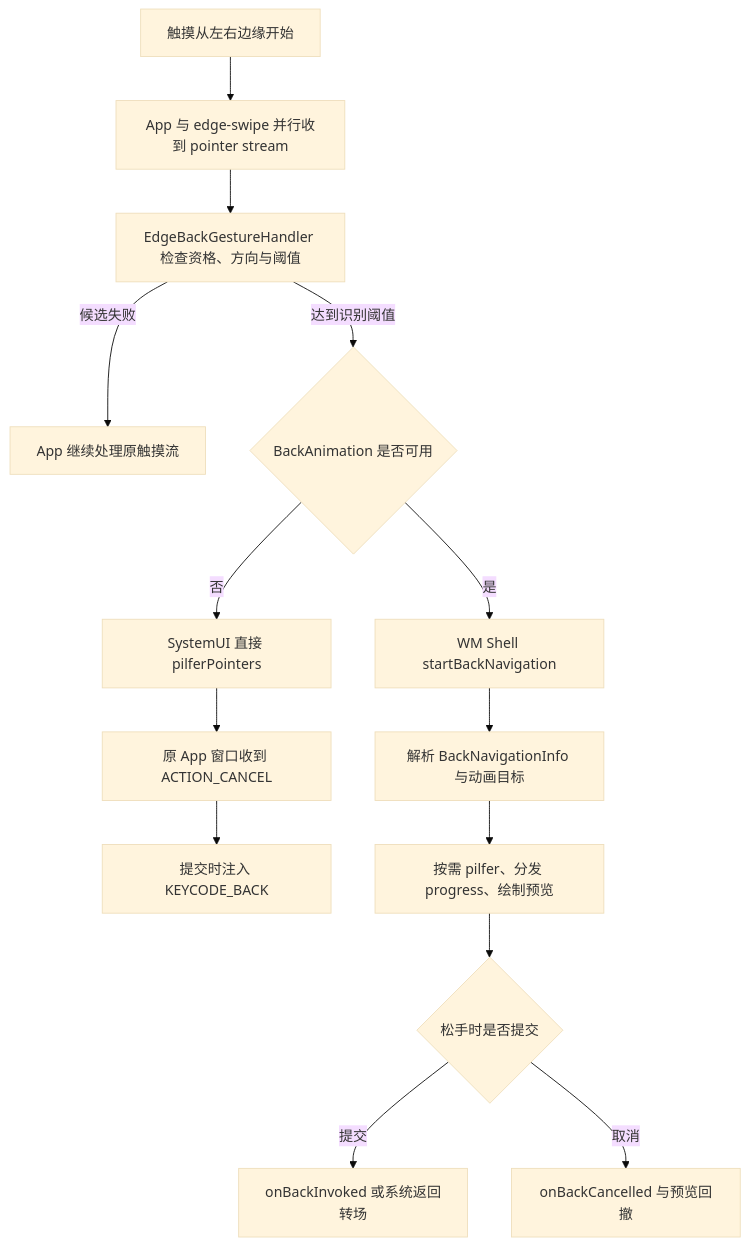
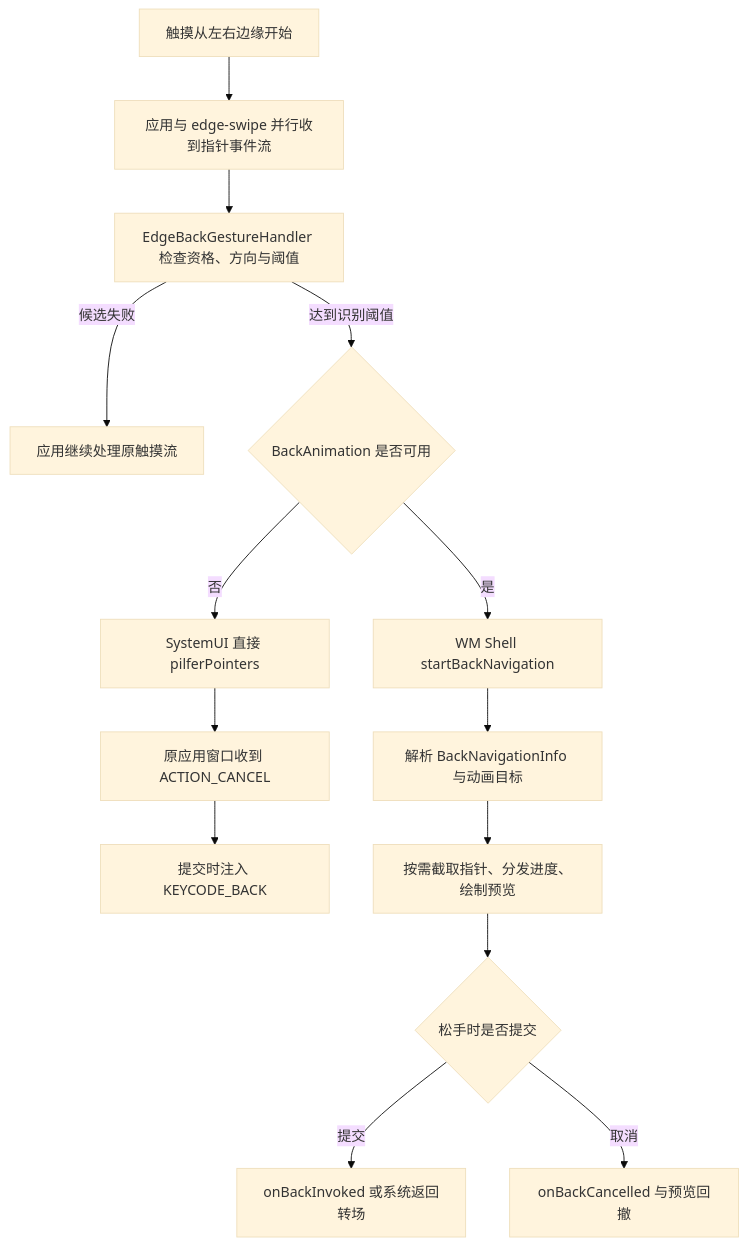
The diagram in src/part1-fundamentals/ch03-input/03-gesture-navigation.md (Gracker/android-internals-wiki), drawn with Mermaid (base theme) before and after one commit. The commit also changed other lines of this file and 4 other files, not shown here.

````diff
--- a/src/part1-fundamentals/ch03-input/03-gesture-navigation.md
+++ b/src/part1-fundamentals/ch03-input/03-gesture-navigation.md
@@ -143,16 +121,16 @@
 ```mermaid
 flowchart TD
-    A["触摸从左右边缘开始"] --> B["App 与 edge-swipe 并行收到 pointer stream"]
+    A["触摸从左右边缘开始"] --> B["应用与 edge-swipe 并行收到指针事件流"]
     B --> C["EdgeBackGestureHandler 检查资格、方向与阈值"]
-    C -->|候选失败| D["App 继续处理原触摸流"]
+    C -->|候选失败| D["应用继续处理原触摸流"]
     C -->|达到识别阈值| E{"BackAnimation 是否可用"}
     E -->|否| F["SystemUI 直接 pilferPointers"]
-    F --> G["原 App 窗口收到 ACTION_CANCEL"]
+    F --> G["原应用窗口收到 ACTION_CANCEL"]
     G --> H["提交时注入 KEYCODE_BACK"]
     E -->|是| I["WM Shell startBackNavigation"]
     I --> J["解析 BackNavigationInfo 与动画目标"]
-    J --> K["按需 pilfer、分发 progress、绘制预览"]
+    J --> K["按需截取指针、分发进度、绘制预览"]
     K --> L{"松手时是否提交"}
     L -->|提交| M["onBackInvoked 或系统返回转场"]
     L -->|取消| N["onBackCancelled 与预览回撤"]
 ```
````
